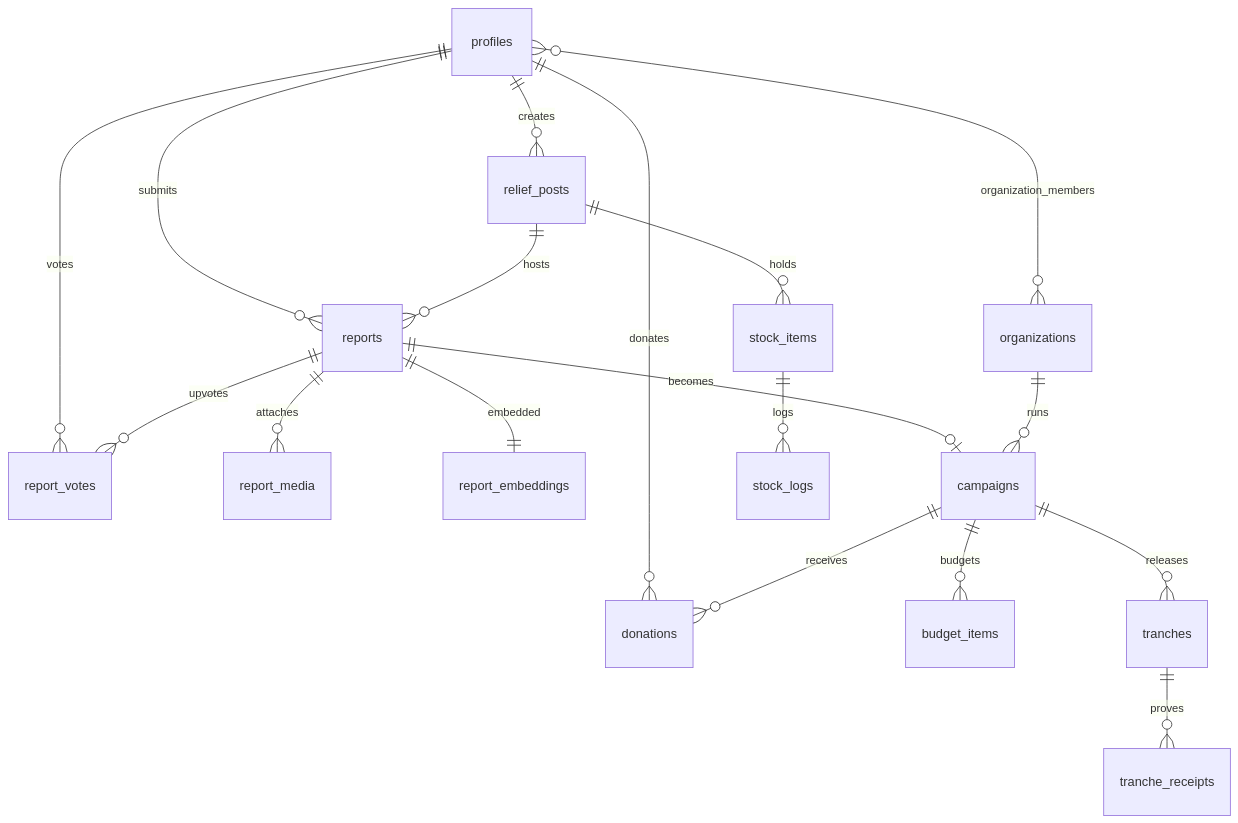
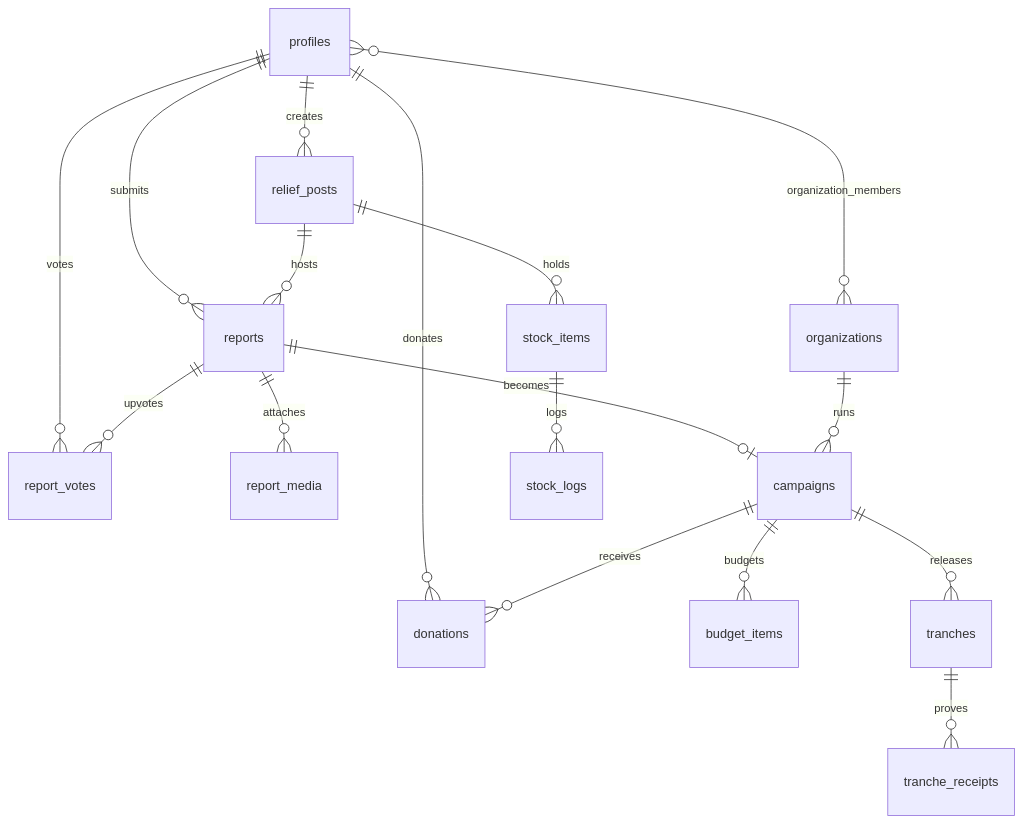
One commit to ExcWasHere/jangkau changed the diagram in prd-databaseSchema.md. Above: the diagram before and after it, drawn with Mermaid. The commit also changed other lines of this file and 27 other files, not shown here.

````diff
--- a/prd-databaseSchema.md
+++ b/prd-databaseSchema.md
@@ -73,20 +73,19 @@
 ```mermaid
 erDiagram
   profiles ||--o{ relief_posts : "creates"
   profiles ||--o{ reports : "submits"
   profiles ||--o{ report_votes : "votes"
   profiles ||--o{ donations : "donates"
   profiles }o--o{ organizations : "organization_members"
   relief_posts ||--o{ reports : "hosts"
   relief_posts ||--o{ stock_items : "holds"
   reports ||--o{ report_media : "attaches"
-  reports ||--|| report_embeddings : "embedded"
   reports ||--o{ report_votes : "upvotes"
   reports ||--o| campaigns : "becomes"
   organizations ||--o{ campaigns : "runs"
   campaigns ||--o{ budget_items : "budgets"
   campaigns ||--o{ donations : "receives"
   campaigns ||--o{ tranches : "releases"
   tranches ||--o{ tranche_receipts : "proves"
   stock_items ||--o{ stock_logs : "logs"
 ```
````
